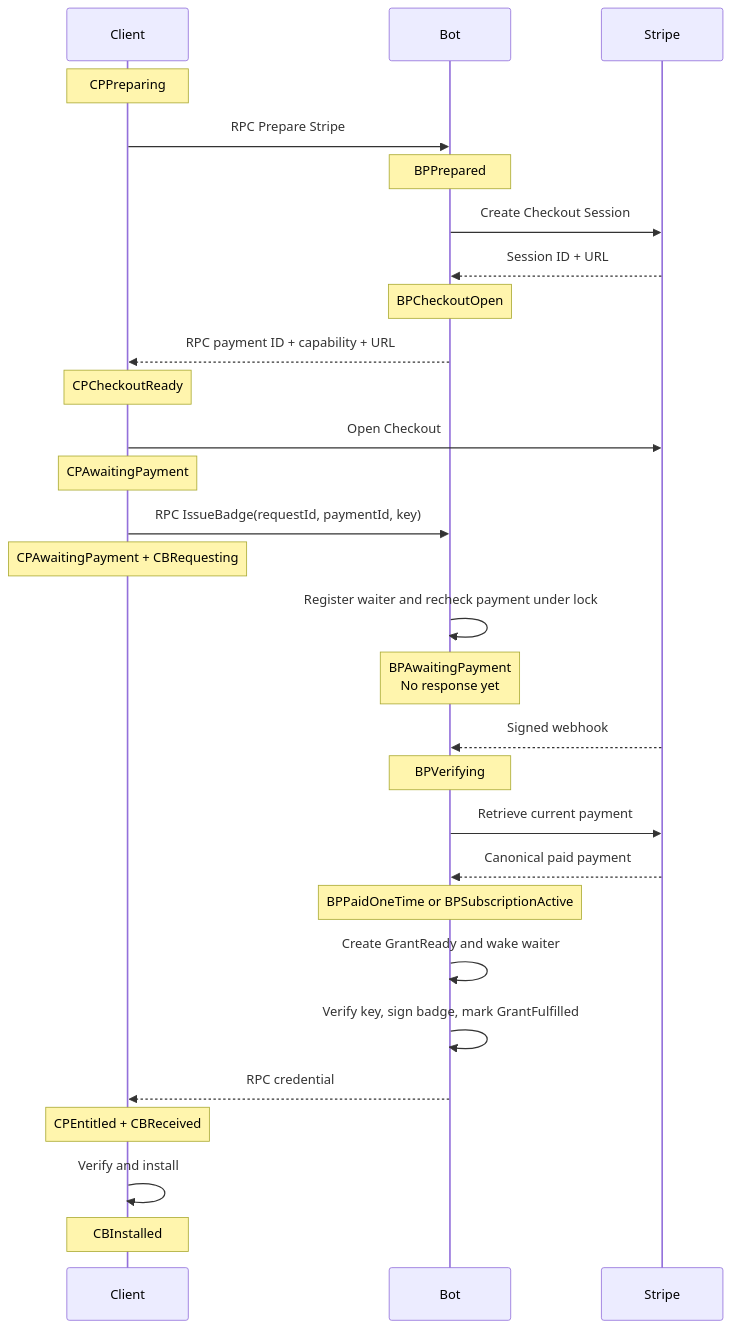
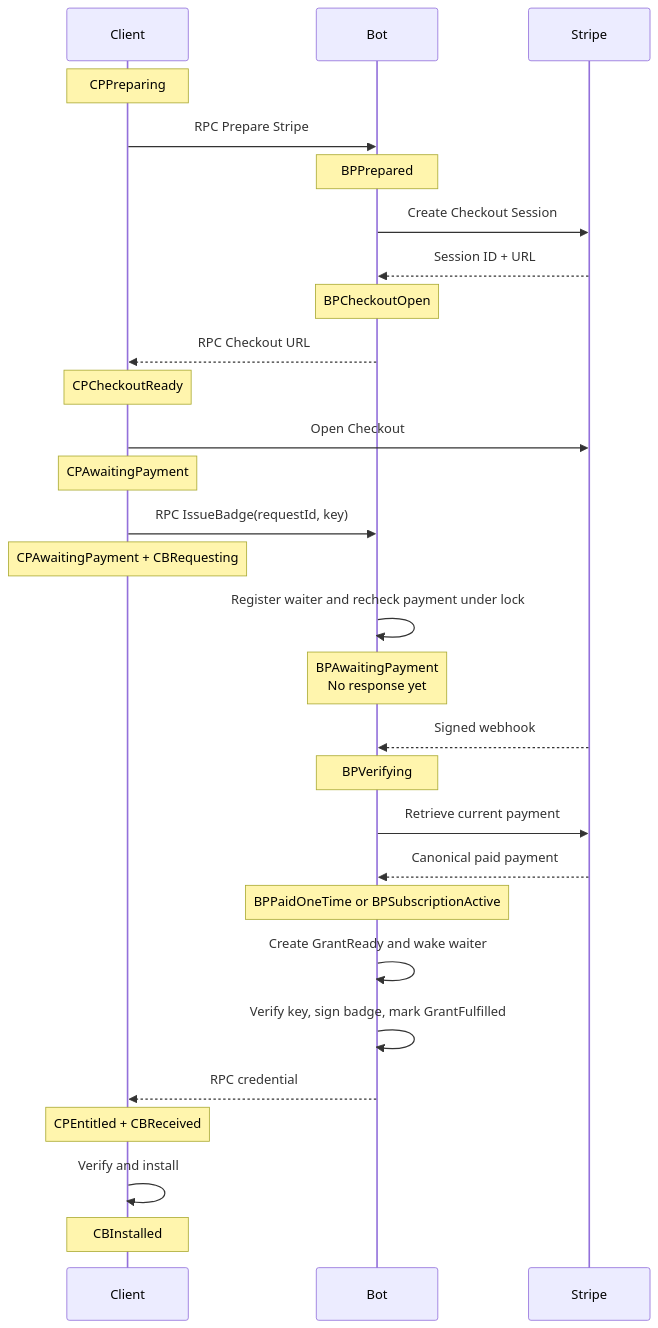
The fifth of 6 diagrams in plans/2026-07-20-supporter-badges-v2-implementation.md (simplex-chat/simplex-chat), drawn with Mermaid before and after one commit. The commit also changed other lines of this file and 4 other files, not shown here.

````diff
--- a/plans/2026-07-20-supporter-badges-v2-implementation.md
+++ b/plans/2026-07-20-supporter-badges-v2-implementation.md
@@ -294,31 +308,31 @@
 ```mermaid
 sequenceDiagram
   participant C as Client
   participant B as Bot
   participant S as Stripe
   Note over C: CPPreparing
   C->>B: RPC Prepare Stripe
   Note over B: BPPrepared
   B->>S: Create Checkout Session
   S-->>B: Session ID + URL
   Note over B: BPCheckoutOpen
-  B-->>C: RPC payment ID + capability + URL
+  B-->>C: RPC Checkout URL
   Note over C: CPCheckoutReady
   C->>S: Open Checkout
   Note over C: CPAwaitingPayment
-  C->>B: RPC IssueBadge(requestId, paymentId, key)
+  C->>B: RPC IssueBadge(requestId, key)
   Note over C: CPAwaitingPayment + CBRequesting
   B->>B: Register waiter and recheck payment under lock
   Note over B: BPAwaitingPayment<br/>No response yet
   S-->>B: Signed webhook
   Note over B: BPVerifying
   B->>S: Retrieve current payment
   S-->>B: Canonical paid payment
   Note over B: BPPaidOneTime or BPSubscriptionActive
   B->>B: Create GrantReady and wake waiter
   B->>B: Verify key, sign badge, mark GrantFulfilled
   B-->>C: RPC credential
   Note over C: CPEntitled + CBReceived
   C->>C: Verify and install
   Note over C: CBInstalled
 ```
````
